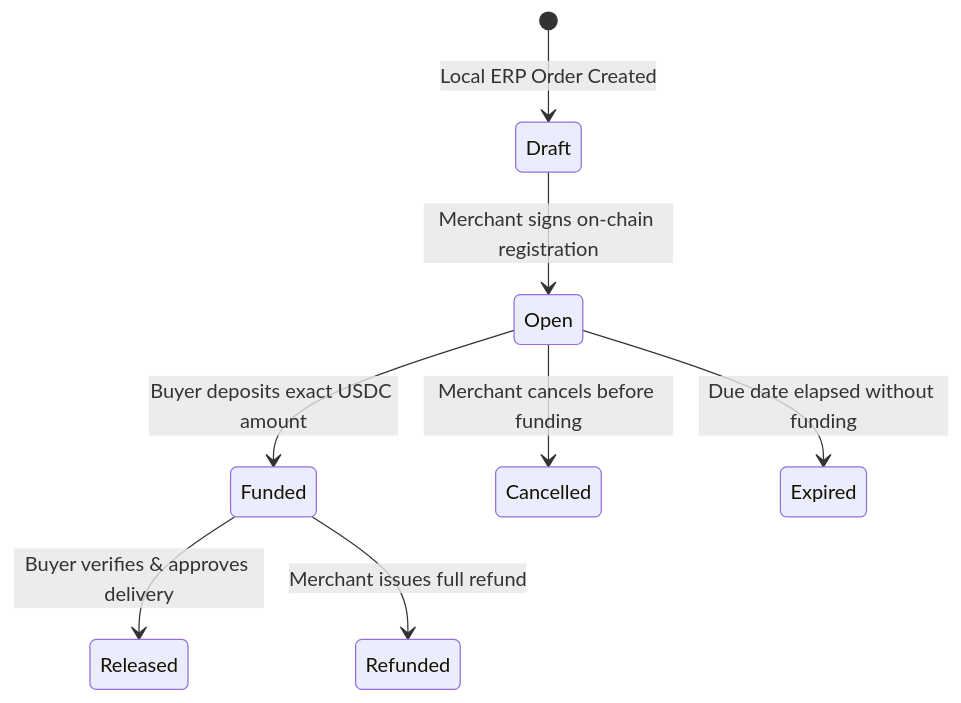
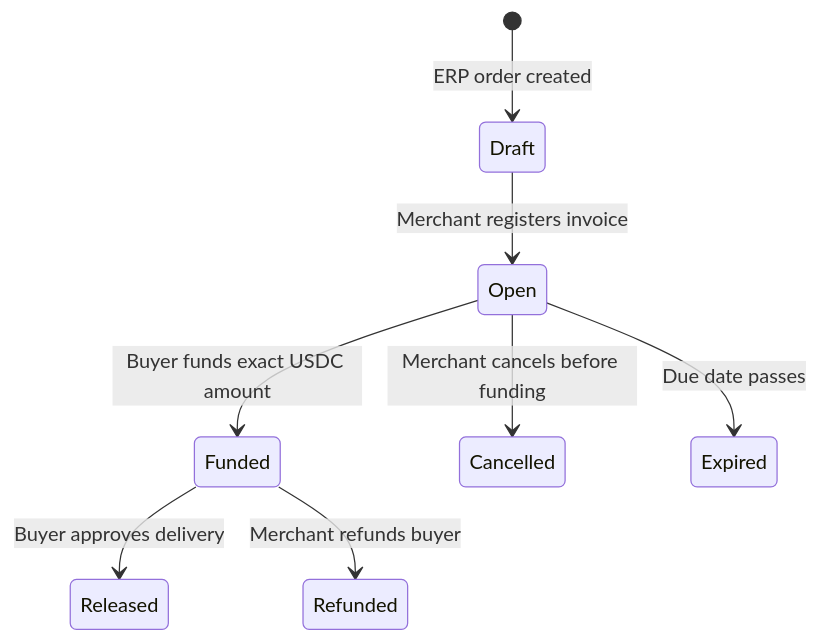
One commit to ugurrcoskun/Centerp changed the second of 3 diagrams in README.md. Above: the diagram before and after it, drawn with Mermaid. The commit also changed other lines of this file, not shown here.

````diff
--- a/README.md
+++ b/README.md
@@ -147,10 +119,10 @@
 ```mermaid
 stateDiagram-v2
-    [*] --> Draft: Local ERP Order Created
-    Draft --> Open: Merchant signs on-chain registration
-    Open --> Funded: Buyer deposits exact USDC amount
+    [*] --> Draft: ERP order created
+    Draft --> Open: Merchant registers invoice
+    Open --> Funded: Buyer funds exact USDC amount
     Open --> Cancelled: Merchant cancels before funding
-    Open --> Expired: Due date elapsed without funding
-    Funded --> Released: Buyer verifies & approves delivery
-    Funded --> Refunded: Merchant issues full refund
+    Open --> Expired: Due date passes
+    Funded --> Released: Buyer approves delivery
+    Funded --> Refunded: Merchant refunds buyer
 ```
````
